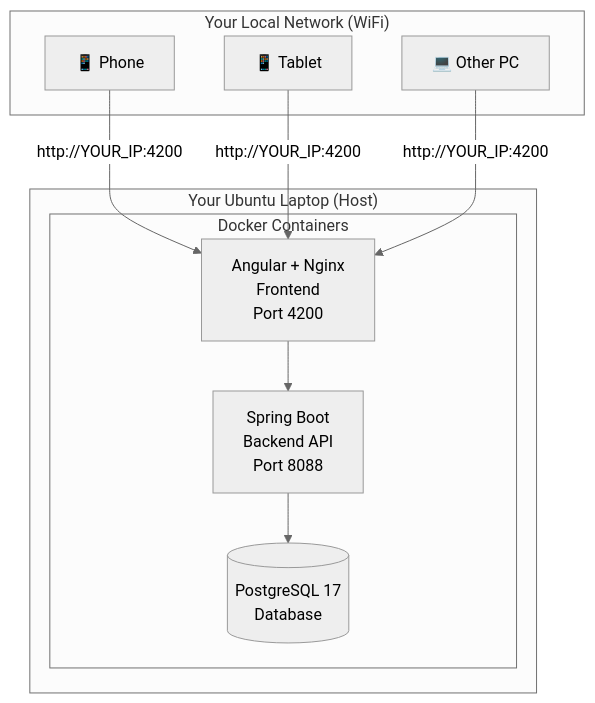
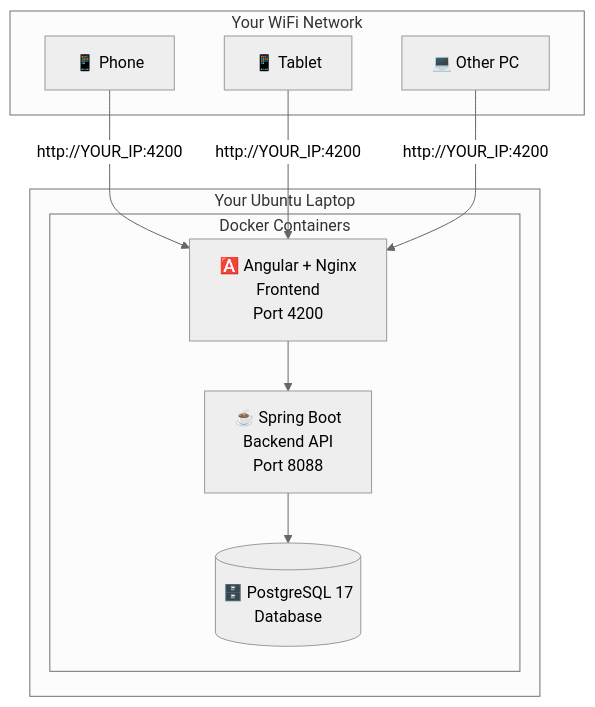
The diagram in Deployment GUIDE by Opus 4.5 (thinking) .md (sumitk87549/TalkingCanvas-ws), drawn with Mermaid (neutral theme) before and after one commit. The commit also changed other lines of this file, not shown here.

````diff
--- a/Deployment GUIDE by Opus 4.5 (thinking) .md
+++ b/Deployment GUIDE by Opus 4.5 (thinking) .md
@@ -32,22 +30,22 @@
 ```mermaid
 graph TB
-    subgraph "Your Ubuntu Laptop (Host)"
+    subgraph "Your Ubuntu Laptop"
         subgraph "Docker Containers"
-            DB[(PostgreSQL 17<br/>Database)]
-            BE[Spring Boot<br/>Backend API<br/>Port 8088]
-            FE[Angular + Nginx<br/>Frontend<br/>Port 4200]
+            DB[(🗄️ PostgreSQL 17<br/>Database)]
+            BE[☕ Spring Boot<br/>Backend API<br/>Port 8088]
+            FE[🅰️ Angular + Nginx<br/>Frontend<br/>Port 4200]
         end
     end
     
-    subgraph "Your Local Network (WiFi)"
+    subgraph "Your WiFi Network"
         PHONE[📱 Phone]
         TABLET[📱 Tablet]
         PC[💻 Other PC]
     end
     
     BE --> DB
     FE --> BE
     PHONE -->|http://YOUR_IP:4200| FE
     TABLET -->|http://YOUR_IP:4200| FE
     PC -->|http://YOUR_IP:4200| FE
 ```
````
